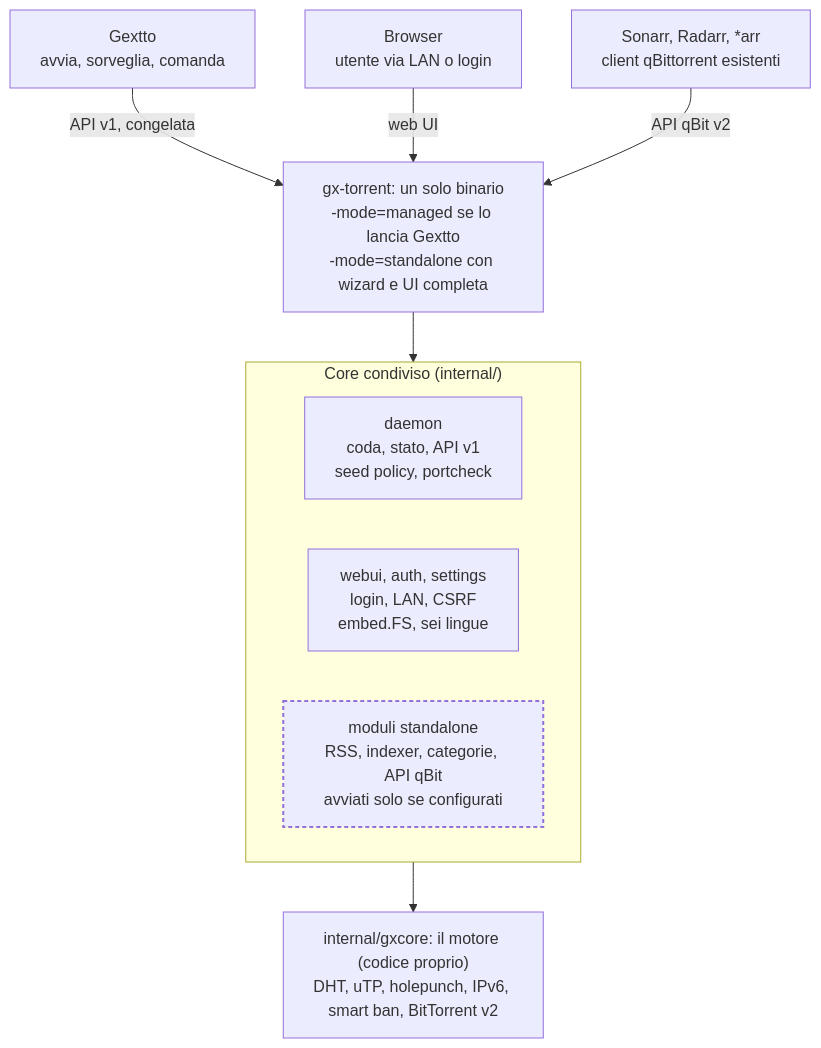
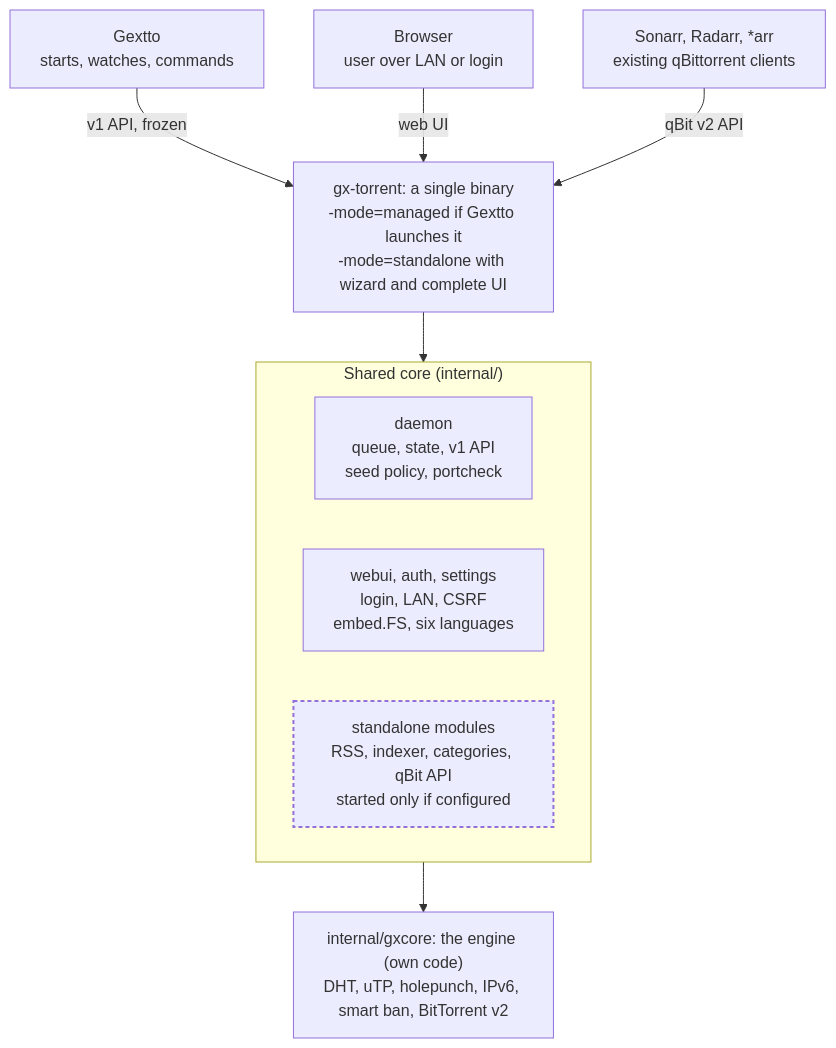
Before and after one commit to buzzqw/gextto: the diagram in docs/gx-torrent-evoluto.md, drawn with Mermaid. The commit also changed other lines of this file and 8 other files, not shown here.

````diff
--- a/docs/gx-torrent-evoluto.md
+++ b/docs/gx-torrent-evoluto.md
@@ -271,19 +271,19 @@
 ```mermaid
 flowchart TB
-    G["Gextto<br/>avvia, sorveglia, comanda"]
-    B["Browser<br/>utente via LAN o login"]
-    A["Sonarr, Radarr, *arr<br/>client qBittorrent esistenti"]
-    X["gx-torrent: un solo binario<br/>-mode=managed se lo lancia Gextto<br/>-mode=standalone con wizard e UI completa"]
-    subgraph CORE["Core condiviso (internal/)"]
-        C1["daemon<br/>coda, stato, API v1<br/>seed policy, portcheck"]
-        C2["webui, auth, settings<br/>login, LAN, CSRF<br/>embed.FS, sei lingue"]
-        C3["moduli standalone<br/>RSS, indexer, categorie, API qBit<br/>avviati solo se configurati"]
+    G["Gextto<br/>starts, watches, commands"]
+    B["Browser<br/>user over LAN or login"]
+    A["Sonarr, Radarr, *arr<br/>existing qBittorrent clients"]
+    X["gx-torrent: a single binary<br/>-mode=managed if Gextto launches it<br/>-mode=standalone with wizard and complete UI"]
+    subgraph CORE["Shared core (internal/)"]
+        C1["daemon<br/>queue, state, v1 API<br/>seed policy, portcheck"]
+        C2["webui, auth, settings<br/>login, LAN, CSRF<br/>embed.FS, six languages"]
+        C3["standalone modules<br/>RSS, indexer, categories, qBit API<br/>started only if configured"]
     end
-    E["internal/gxcore: il motore (codice proprio)<br/>DHT, uTP, holepunch, IPv6, smart ban, BitTorrent v2"]
-    G -- "API v1, congelata" --> X
+    E["internal/gxcore: the engine (own code)<br/>DHT, uTP, holepunch, IPv6, smart ban, BitTorrent v2"]
+    G -- "v1 API, frozen" --> X
     B -- "web UI" --> X
-    A -- "API qBit v2" --> X
+    A -- "qBit v2 API" --> X
     X --> CORE
     CORE --> E
     style C3 stroke-width:2px,stroke-dasharray:4 3
 ```
````
